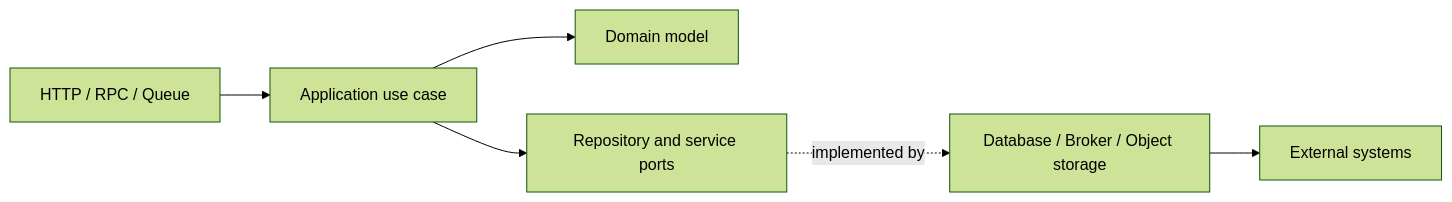
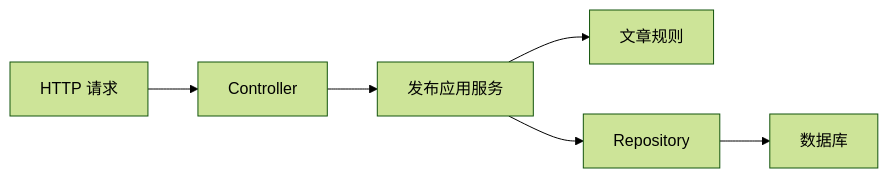
Before and after one commit to upJiang/jiang-blog-vitepress: the diagram in docs/backend/node-layered-architecture.md, drawn with Mermaid (forest theme). The commit also changed other lines of this file and 164 other files, not shown here.

````diff
--- a/docs/backend/node-layered-architecture.md
+++ b/docs/backend/node-layered-architecture.md
@@ -34,8 +29,8 @@
 ```mermaid
 flowchart LR
-  H[HTTP / RPC / Queue] --> A[Application use case]
-  A --> D[Domain model]
-  A --> P[Repository and service ports]
-  P -. implemented by .-> I[Database / Broker / Object storage]
-  I --> X[External systems]
+  A[HTTP 请求] --> B[Controller]
+  B --> C[发布应用服务]
+  C --> D[文章规则]
+  C --> E[Repository]
+  E --> F[数据库]
 ```
````
